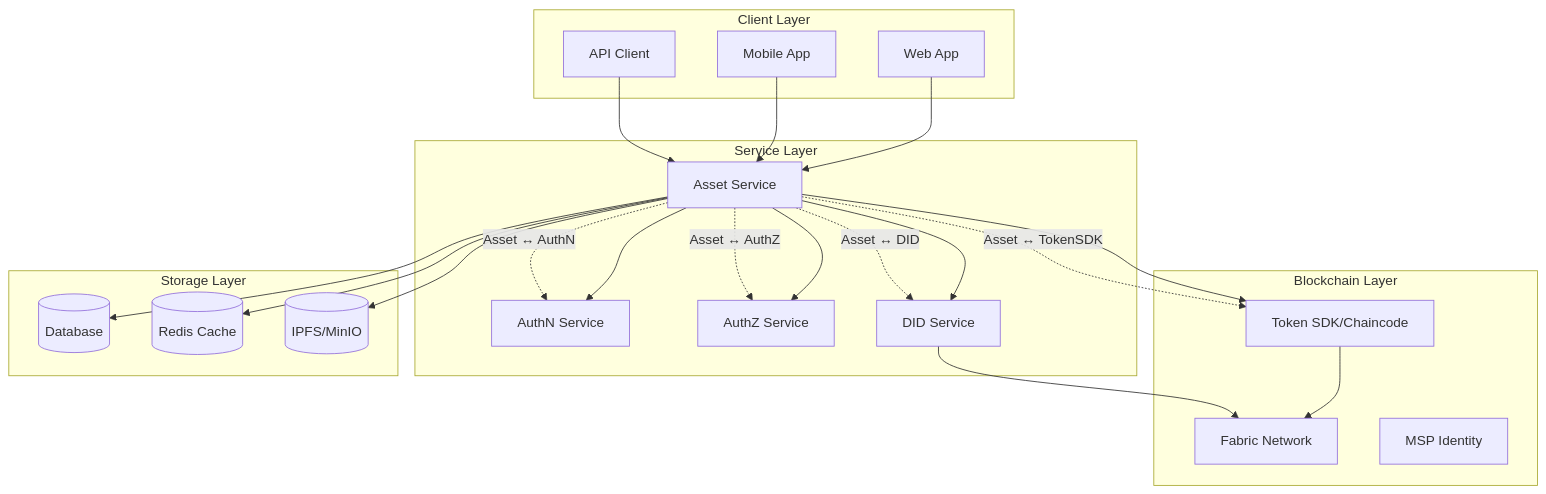
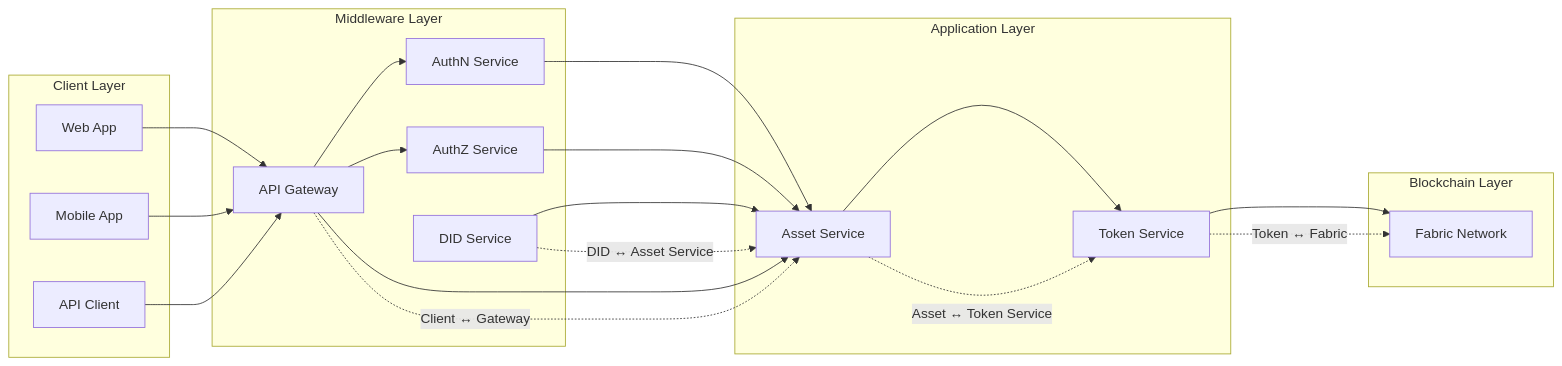
The first of 2 diagrams in docs/rd.en.md (metafi-blockchain/metafi-digital-assets-service), drawn with Mermaid before and after one commit. The commit also changed other lines of this file, not shown here.

````diff
--- a/docs/rd.en.md
+++ b/docs/rd.en.md
@@ -36,49 +36,45 @@
 ```mermaid
-graph TD
+graph LR
     subgraph "Client Layer"
         Web[Web App]
         Mobile[Mobile App]
         API[API Client]
     end
 
-    subgraph "Service Layer"
+    subgraph "Middleware Layer"
+        Gateway[API Gateway]
         AuthN[AuthN Service]
         AuthZ[AuthZ Service]
         DID[DID Service]
+    end
+
+    subgraph "Application Layer"
         Asset[Asset Service]
+        Token[Token Service]
     end
 
     subgraph "Blockchain Layer"
         Fabric[Fabric Network]
-        TokenSDK[Token SDK/Chaincode]
-        MSP[MSP Identity]
     end
 
-    subgraph "Storage Layer"
-        DB[(Database)]
-        Cache[(Redis Cache)]
-        Storage[(IPFS/MinIO)]
-    end
+    Web --> Gateway
+    Mobile --> Gateway
+    API --> Gateway
 
-    Web --> Asset
-    Mobile --> Asset
-    API --> Asset
+    Gateway --> AuthN
+    Gateway --> AuthZ
+    Gateway --> Asset
 
-    Asset --> AuthN
-    Asset --> AuthZ
-    Asset --> DID
+    AuthN --> Asset
+    AuthZ --> Asset
+    DID --> Asset
 
-    Asset --> TokenSDK
-    TokenSDK --> Fabric
-    DID --> Fabric
-
-    Asset --> DB
-    Asset --> Cache
-    Asset --> Storage
+    Asset --> Token
+    Token --> Fabric
 
     %% Interface Labels
-    Asset -.->|"Asset ↔ AuthN"| AuthN
-    Asset -.->|"Asset ↔ AuthZ"| AuthZ
-    Asset -.->|"Asset ↔ DID"| DID
-    Asset -.->|"Asset ↔ TokenSDK"| TokenSDK
+    Gateway -.->|"Client ↔ Gateway"| Asset
+    Asset -.->|"Asset ↔ Token Service"| Token
+    Token -.->|"Token ↔ Fabric"| Fabric
+    DID -.->|"DID ↔ Asset Service"| Asset
 ```
````
